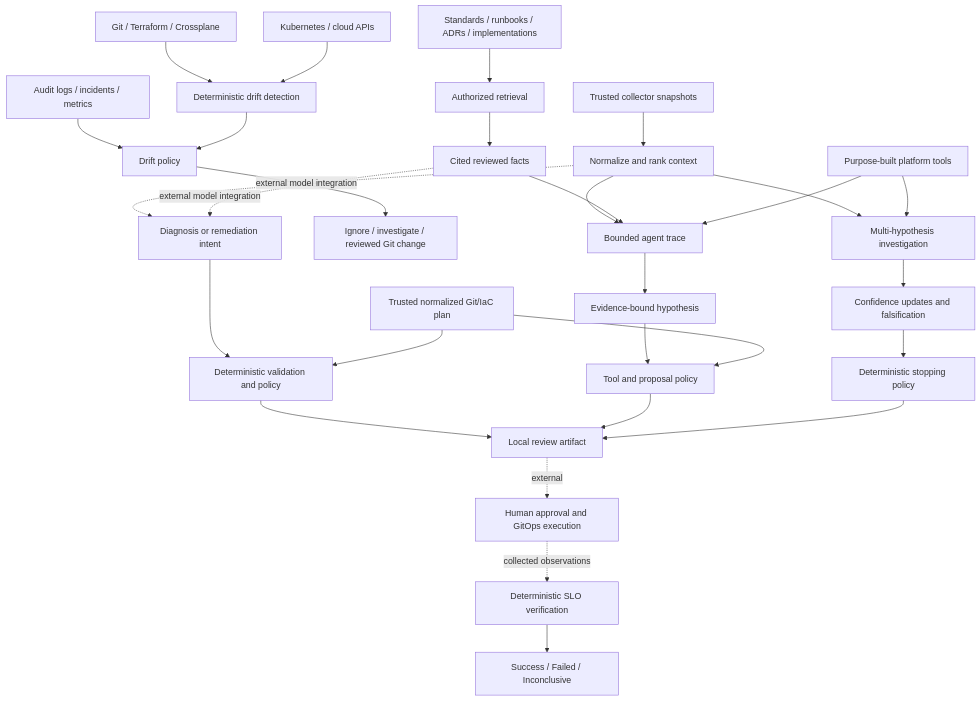
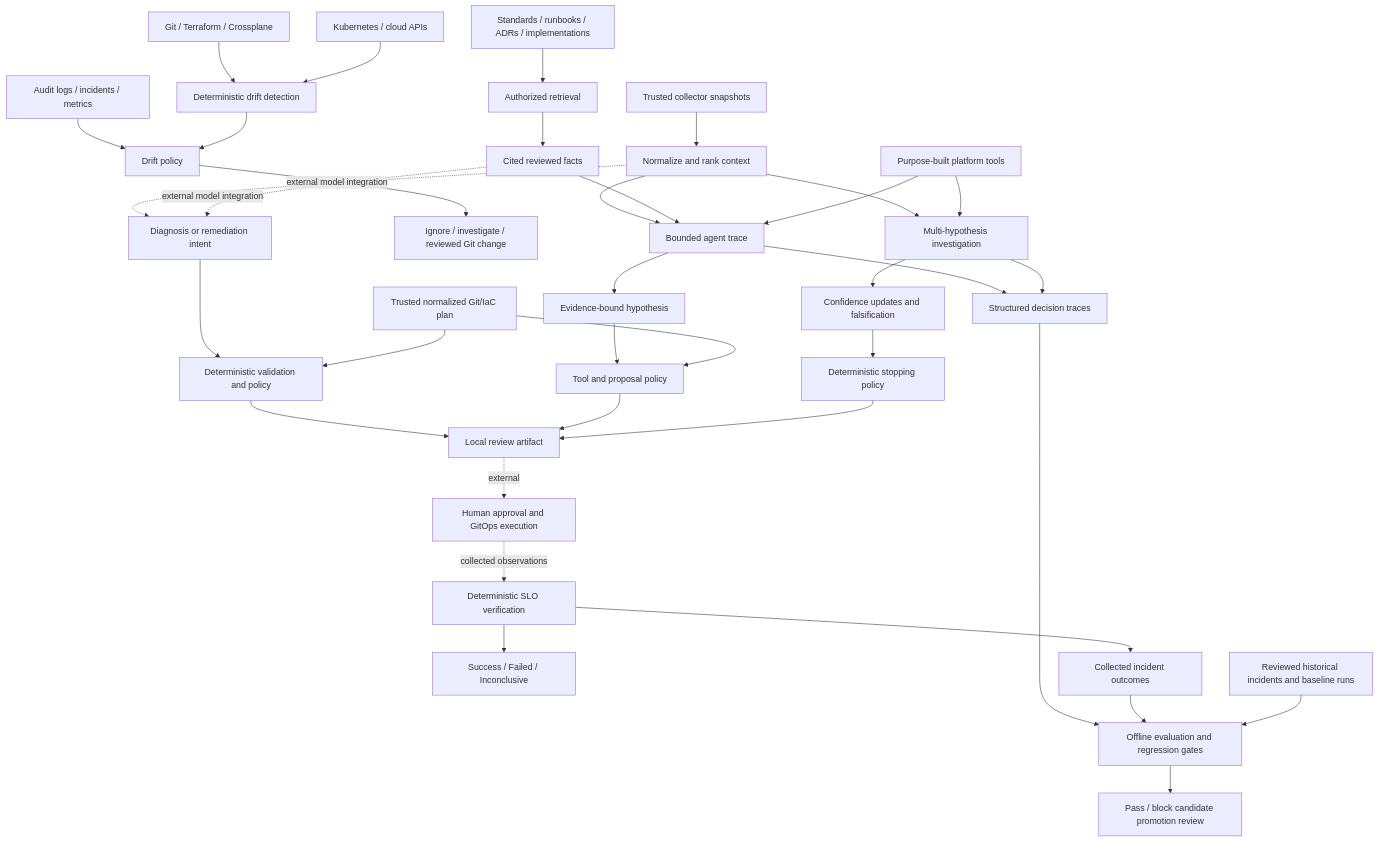
Before and after one commit to Vidon212/AI-incident-co-pilot: the diagram in docs/00-architecture-and-safety.md, drawn with Mermaid. The commit also changed other lines of this file and 13 other files, not shown here.

Commit message:
Add agent observability and evaluation gates

````diff
--- a/docs/00-architecture-and-safety.md
+++ b/docs/00-architecture-and-safety.md
@@ -9,31 +9,38 @@
 ```mermaid
 flowchart TD
     Evidence[Trusted collector snapshots] --> Context[Normalize and rank context]
     Context -. external model integration .-> Intent[Diagnosis or remediation intent]
     Intent --> Policy[Deterministic validation and policy]
     Plan[Trusted normalized Git/IaC plan] --> Policy
     Policy --> Review[Local review artifact]
     Review -. external .-> Approval[Human approval and GitOps execution]
     Approval -. collected observations .-> Verify[Deterministic SLO verification]
     Verify --> Result[Success / Failed / Inconclusive]
     Desired[Git / Terraform / Crossplane] --> Drift[Deterministic drift detection]
     Observed[Kubernetes / cloud APIs] --> Drift
     Provenance[Audit logs / incidents / metrics] --> DriftPolicy[Drift policy]
     Drift --> DriftPolicy
     DriftPolicy --> DriftReview[Ignore / investigate / reviewed Git change]
     Knowledge[Standards / runbooks / ADRs / implementations] --> Retrieval[Authorized retrieval]
     Retrieval --> Grounding[Cited reviewed facts]
     Grounding -. external model integration .-> Intent
     Context --> Agent[Bounded agent trace]
     Grounding --> Agent
     Tools[Purpose-built platform tools] --> Agent
     Agent --> Hypothesis[Evidence-bound hypothesis]
     Hypothesis --> AgentPolicy[Tool and proposal policy]
     Plan --> AgentPolicy
     AgentPolicy --> Review
     Context --> Investigation[Multi-hypothesis investigation]
     Tools --> Investigation
     Investigation --> Falsification[Confidence updates and falsification]
     Falsification --> Stop[Deterministic stopping policy]
     Stop --> Review
+    Agent --> Traces[Structured decision traces]
+    Investigation --> Traces
+    Verify --> Outcomes[Collected incident outcomes]
+    Traces --> Evaluation[Offline evaluation and regression gates]
+    Outcomes --> Evaluation
+    Truth[Reviewed historical incidents and baseline runs] --> Evaluation
+    Evaluation --> Promotion[Pass / block candidate promotion review]
 ```
````
